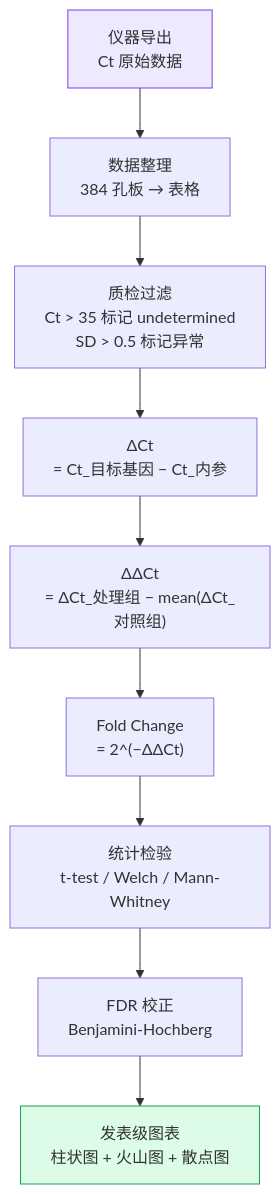
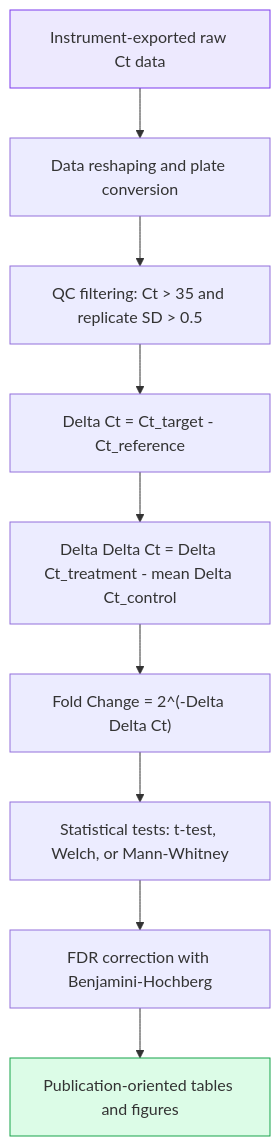
One commit to Echo-nannan/rt-qpcr-protocol-guide changed the diagram in legacy/05_Result_Processing/README.md. Above: the diagram before and after it, drawn with Mermaid. The commit also changed other lines of this file and 26 other files, not shown here.

````diff
--- a/legacy/05_Result_Processing/README.md
+++ b/legacy/05_Result_Processing/README.md
@@ -3,14 +3,14 @@
 ```mermaid
 flowchart TD
-    A["仪器导出\nCt 原始数据"] --> B["数据整理\n384 孔板 → 表格"]
-    B --> C["质检过滤\nCt > 35 标记 undetermined\nSD > 0.5 标记异常"]
-    C --> D["ΔCt\n= Ct_目标基因 − Ct_内参"]
-    D --> E["ΔΔCt\n= ΔCt_处理组 − mean(ΔCt_对照组)"]
-    E --> F["Fold Change\n= 2^(−ΔΔCt)"]
-    F --> G["统计检验\nt-test / Welch / Mann-Whitney"]
-    G --> H["FDR 校正\nBenjamini-Hochberg"]
-    H --> I["发表级图表\n柱状图 + 火山图 + 散点图"]
+    A["Instrument-exported raw Ct data"] --> B["Data reshaping and plate conversion"]
+    B --> C["QC filtering: Ct > 35 and replicate SD > 0.5"]
+    C --> D["Delta Ct = Ct_target - Ct_reference"]
+    D --> E["Delta Delta Ct = Delta Ct_treatment - mean Delta Ct_control"]
+    E --> F["Fold Change = 2^(-Delta Delta Ct)"]
+    F --> G["Statistical tests: t-test, Welch, or Mann-Whitney"]
+    G --> H["FDR correction with Benjamini-Hochberg"]
+    H --> I["Publication-oriented tables and figures"]
 
     style A fill:#EDE9FE,stroke:#7C3AED
     style I fill:#DCFCE7,stroke:#16A34A
 ```
````
